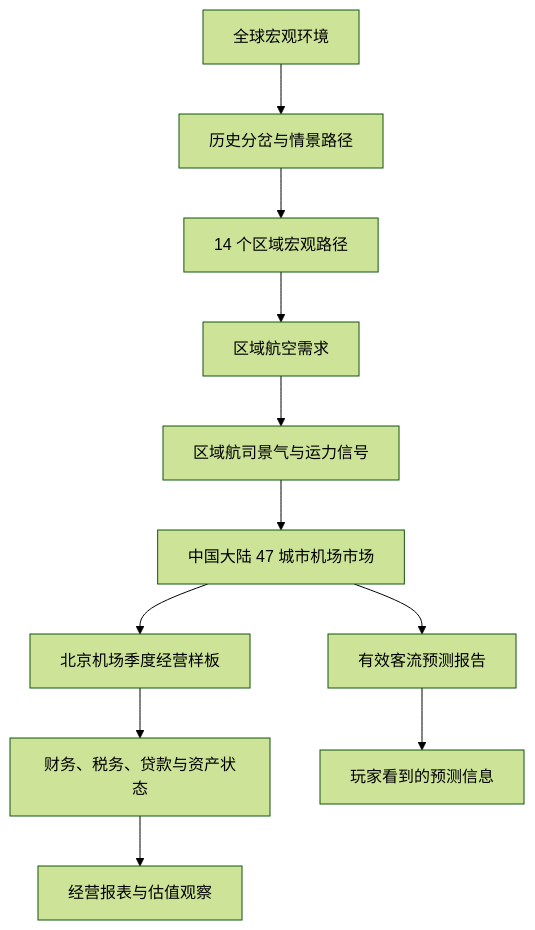
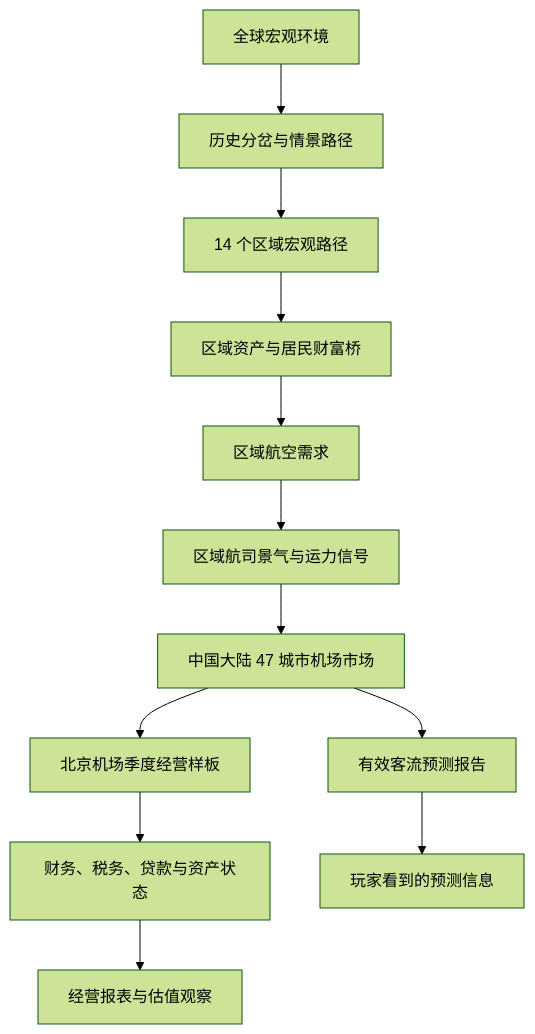
The diagram in docs/models/Model_Pipeline.md (sansuri665/airport-simulation), drawn with Mermaid (forest theme) before and after one commit. The commit also changed other lines of this file and 66 other files, not shown here.

````diff
--- a/docs/models/Model_Pipeline.md
+++ b/docs/models/Model_Pipeline.md
@@ -9,13 +9,14 @@
 ```mermaid
 flowchart TD
     A["全球宏观环境"] --> B["历史分岔与情景路径"]
     B --> C["14 个区域宏观路径"]
-    C --> D["区域航空需求"]
+    C --> W["区域资产与居民财富桥"]
+    W --> D["区域航空需求"]
     D --> E["区域航司景气与运力信号"]
     E --> F["中国大陆 47 城市机场市场"]
     F --> G["北京机场季度经营样板"]
     G --> H["财务、税务、贷款与资产状态"]
     H --> I["经营报表与估值观察"]
     F --> J["有效客流预测报告"]
     J --> K["玩家看到的预测信息"]
 ```
````
